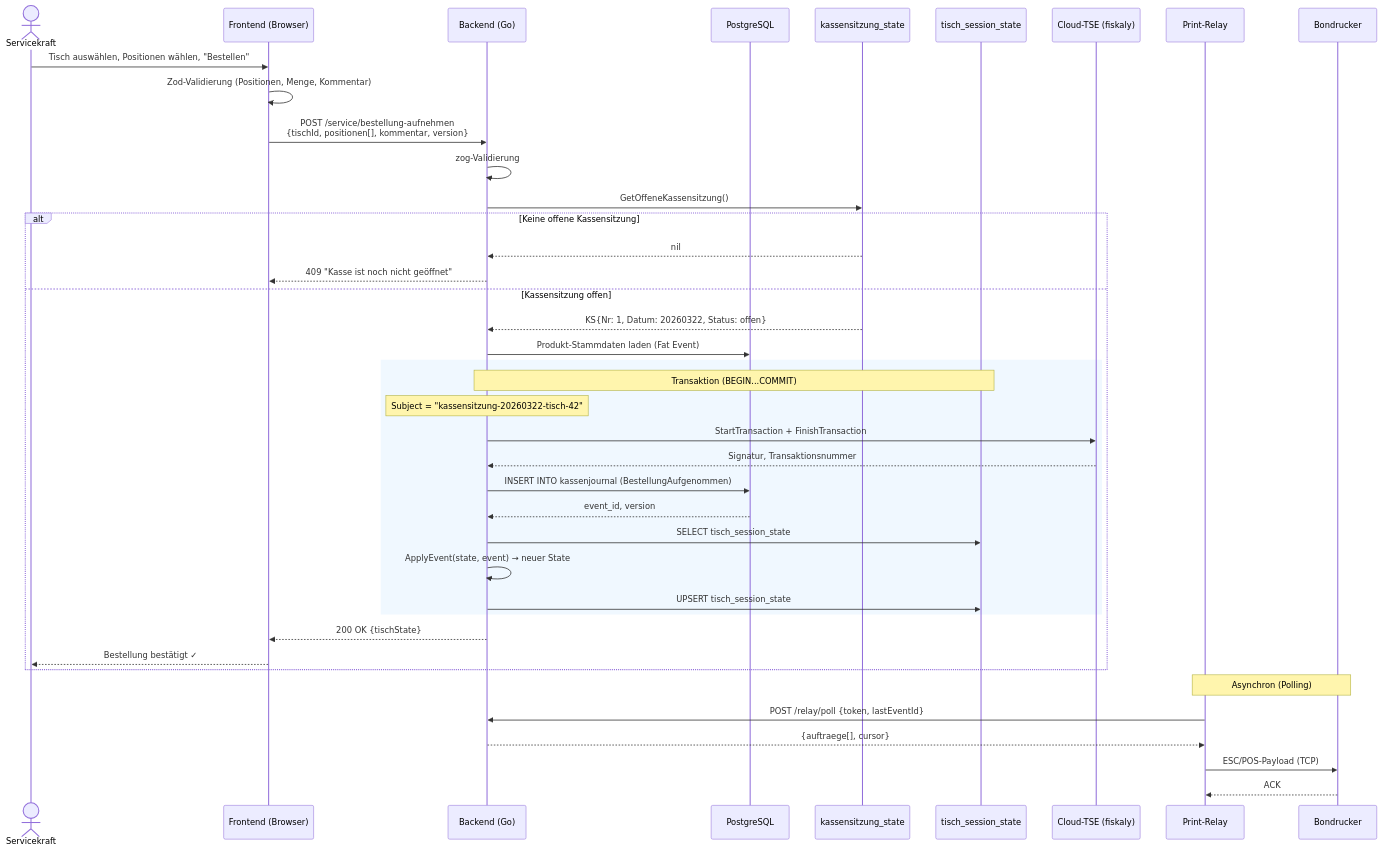
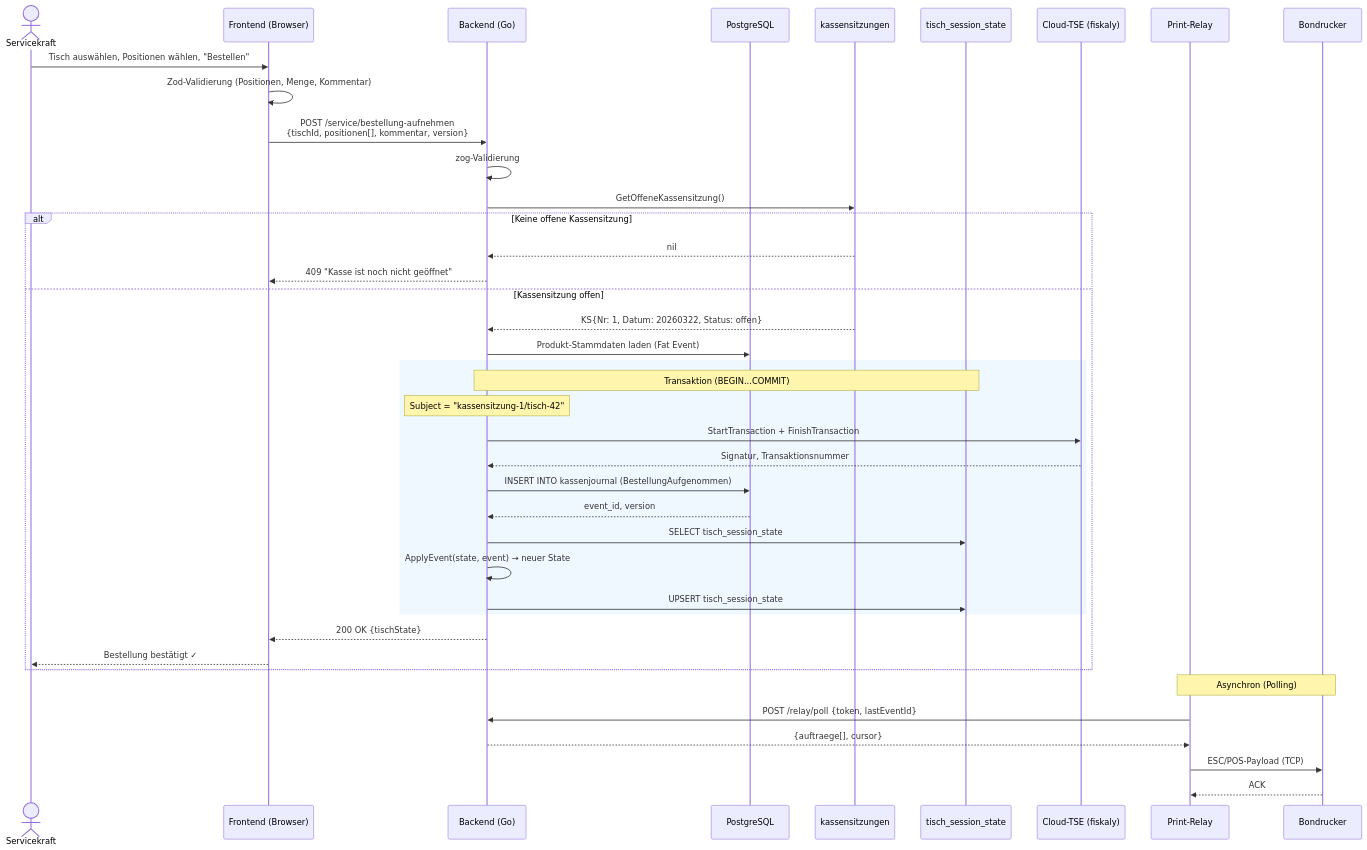
The seventh of 19 diagrams in docs/diagrams.md (nicograef/jotti), drawn with Mermaid before and after one commit. The commit also changed other lines of this file and 21 other files, not shown here.

First line of the commit message:
refactor: replace kassensitzung_state projection with kassensitzungen CRUD entity and adopt nr-based subject format

````diff
--- a/docs/diagrams.md
+++ b/docs/diagrams.md
@@ -233,47 +233,47 @@
 ```mermaid
 sequenceDiagram
     actor SK as Servicekraft
     participant FE as Frontend (Browser)
     participant BE as Backend (Go)
     participant DB as PostgreSQL
-    participant KSP as kassensitzung_state
+    participant KSP as kassensitzungen
     participant TSS as tisch_session_state
     participant TSE as Cloud-TSE (fiskaly)
     participant Relay as Print-Relay
     participant Drucker as Bondrucker
 
     SK->>FE: Tisch auswählen, Positionen wählen, "Bestellen"
     FE->>FE: Zod-Validierung (Positionen, Menge, Kommentar)
     FE->>BE: POST /service/bestellung-aufnehmen<br/>{tischId, positionen[], kommentar, version}
     BE->>BE: zog-Validierung
     BE->>KSP: GetOffeneKassensitzung()
 
     alt Keine offene Kassensitzung
         KSP-->>BE: nil
         BE-->>FE: 409 "Kasse ist noch nicht geöffnet"
     else Kassensitzung offen
         KSP-->>BE: KS{Nr: 1, Datum: 20260322, Status: offen}
         BE->>DB: Produkt-Stammdaten laden (Fat Event)
 
         rect rgb(240, 248, 255)
             Note over BE,TSS: Transaktion (BEGIN...COMMIT)
-            Note over BE: Subject = "kassensitzung-20260322-tisch-42"
+            Note over BE: Subject = "kassensitzung-1/tisch-42"
             BE->>TSE: StartTransaction + FinishTransaction
             TSE-->>BE: Signatur, Transaktionsnummer
             BE->>DB: INSERT INTO kassenjournal (BestellungAufgenommen)
             DB-->>BE: event_id, version
             BE->>TSS: SELECT tisch_session_state
             BE->>BE: ApplyEvent(state, event) → neuer State
             BE->>TSS: UPSERT tisch_session_state
         end
 
         BE-->>FE: 200 OK {tischState}
         FE-->>SK: Bestellung bestätigt ✓
     end
 
     Note over Relay,Drucker: Asynchron (Polling)
     Relay->>BE: POST /relay/poll {token, lastEventId}
     BE-->>Relay: {auftraege[], cursor}
     Relay->>Drucker: ESC/POS-Payload (TCP)
     Drucker-->>Relay: ACK
 ```
````
